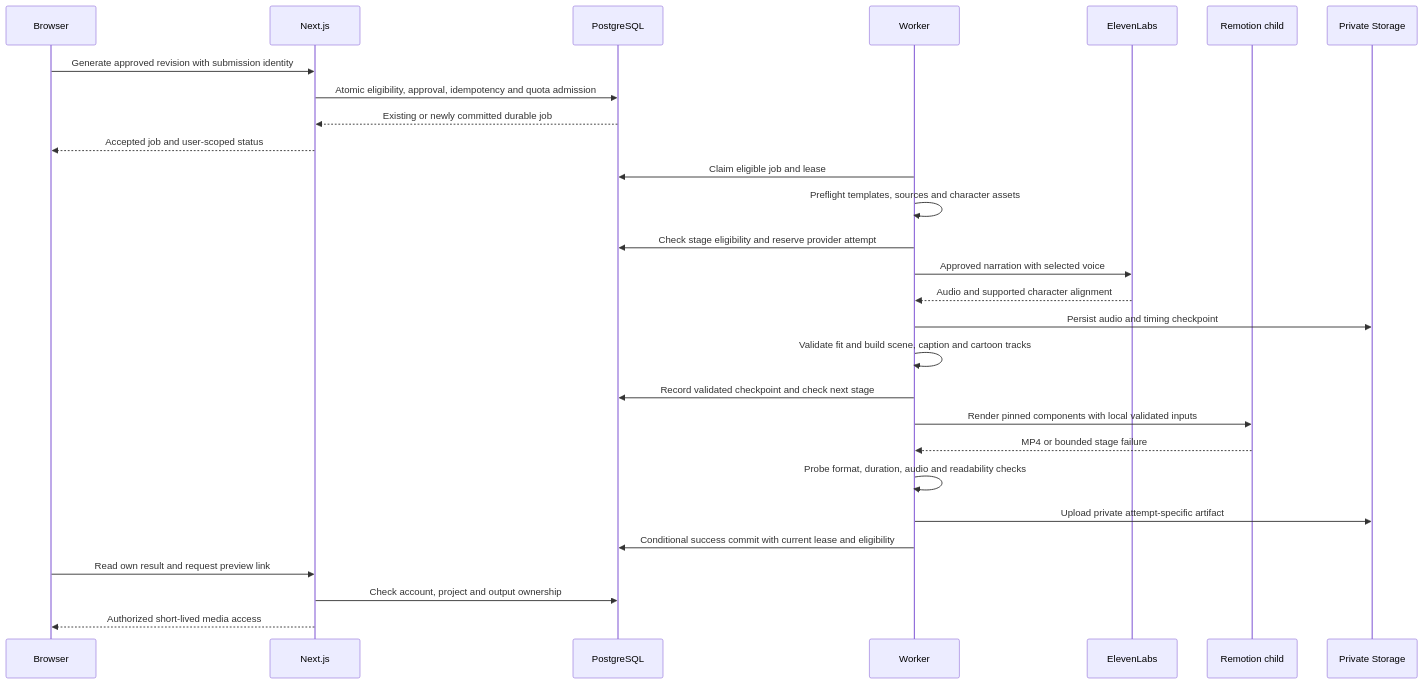
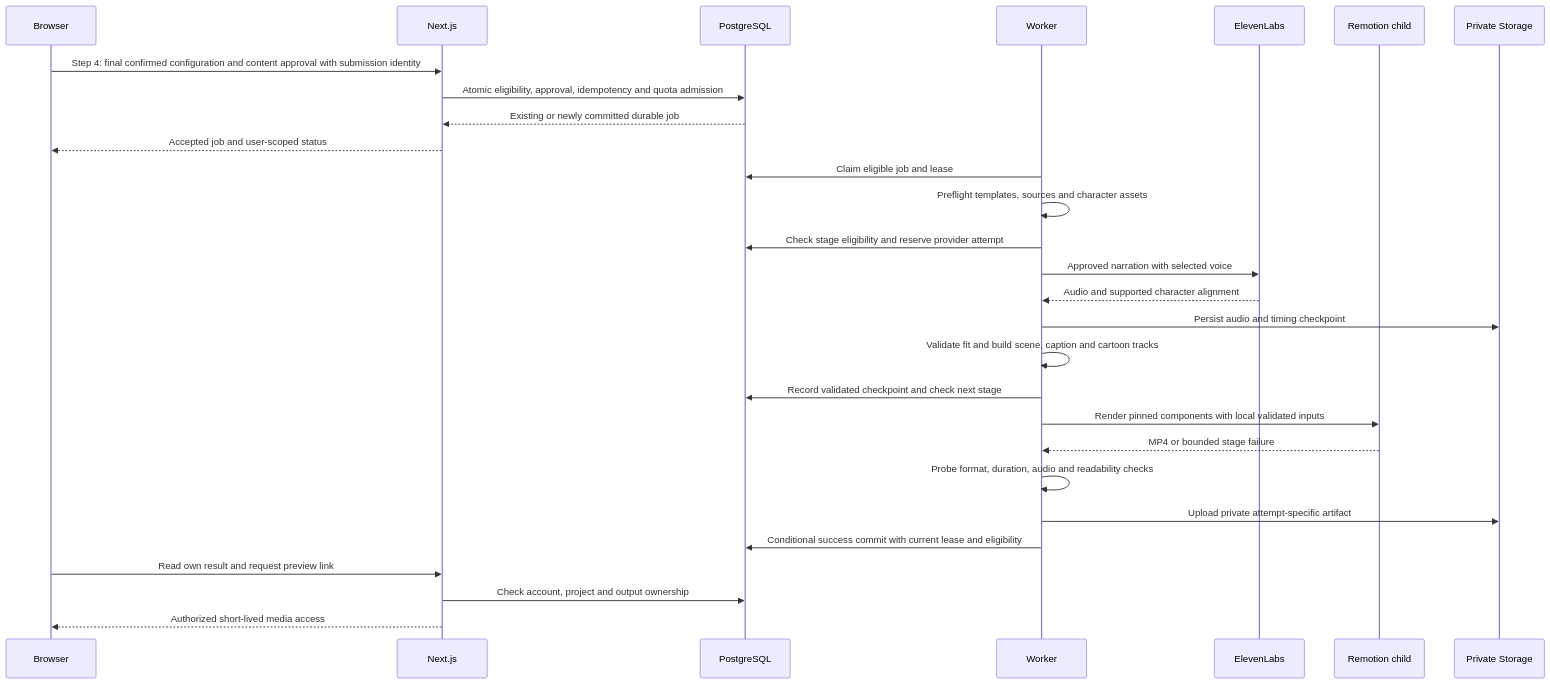
Before and after one commit to Hamdhan-Naheem/AI-video-generator: the fourth of 8 diagrams in docs/SYSTEM_ARCHITECTURE.md, drawn with Mermaid. The commit also changed other lines of this file and 9 other files, not shown here.

````diff
--- a/docs/SYSTEM_ARCHITECTURE.md
+++ b/docs/SYSTEM_ARCHITECTURE.md
@@ -328,30 +335,30 @@
 ```mermaid
 sequenceDiagram
     participant U as Browser
     participant W as Next.js
     participant D as PostgreSQL
     participant N as Worker
     participant E as ElevenLabs
     participant R as Remotion child
     participant S as Private Storage
-    U->>W: Generate approved revision with submission identity
+    U->>W: Step 4: final confirmed configuration and content approval with submission identity
     W->>D: Atomic eligibility, approval, idempotency and quota admission
     D-->>W: Existing or newly committed durable job
     W-->>U: Accepted job and user-scoped status
     N->>D: Claim eligible job and lease
     N->>N: Preflight templates, sources and character assets
     N->>D: Check stage eligibility and reserve provider attempt
     N->>E: Approved narration with selected voice
     E-->>N: Audio and supported character alignment
     N->>S: Persist audio and timing checkpoint
     N->>N: Validate fit and build scene, caption and cartoon tracks
     N->>D: Record validated checkpoint and check next stage
     N->>R: Render pinned components with local validated inputs
     R-->>N: MP4 or bounded stage failure
     N->>N: Probe format, duration, audio and readability checks
     N->>S: Upload private attempt-specific artifact
     N->>D: Conditional success commit with current lease and eligibility
     U->>W: Read own result and request preview link
     W->>D: Check account, project and output ownership
     W-->>U: Authorized short-lived media access
 ```
````
